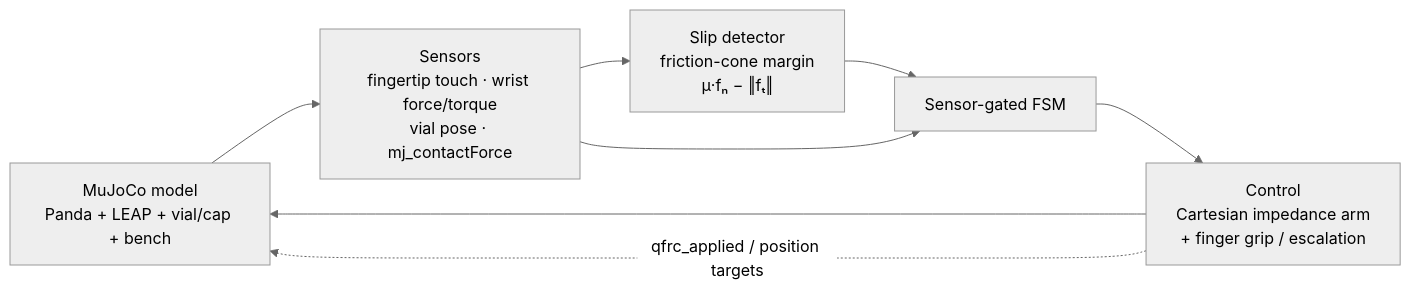
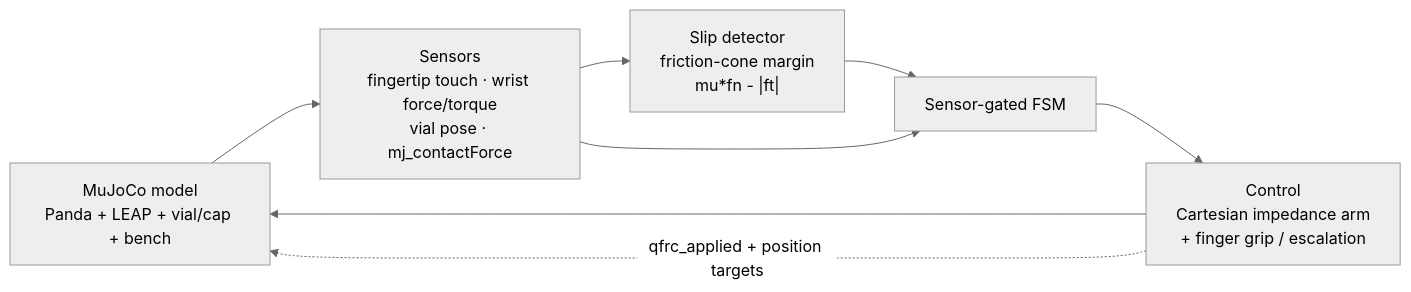
The first of 2 diagrams in submissions/slipzero/README.md (Enoch208/Robothon-starter), drawn with Mermaid (neutral theme) before and after one commit. The commit also changed other lines of this file, not shown here.

First line of the commit message:
README: embed demo video + rubric-aligned evidence table + robust mermaid

````diff
--- a/submissions/slipzero/README.md
+++ b/submissions/slipzero/README.md
@@ -54,12 +49,12 @@
 ```mermaid
 flowchart LR
   M["MuJoCo model<br/>Panda + LEAP + vial/cap + bench"]
   S["Sensors<br/>fingertip touch · wrist force/torque<br/>vial pose · mj_contactForce"]
-  D["Slip detector<br/>friction-cone margin<br/>μ·fₙ − ‖fₜ‖"]
+  D["Slip detector<br/>friction-cone margin<br/>mu*fn - |ft|"]
   F["Sensor-gated FSM"]
   C["Control<br/>Cartesian impedance arm<br/>+ finger grip / escalation"]
   M --> S --> D --> F
   S --> F
   F --> C --> M
-  C -. qfrc_applied / position targets .-> M
+  C -. "qfrc_applied + position targets" .-> M
 ```
````
